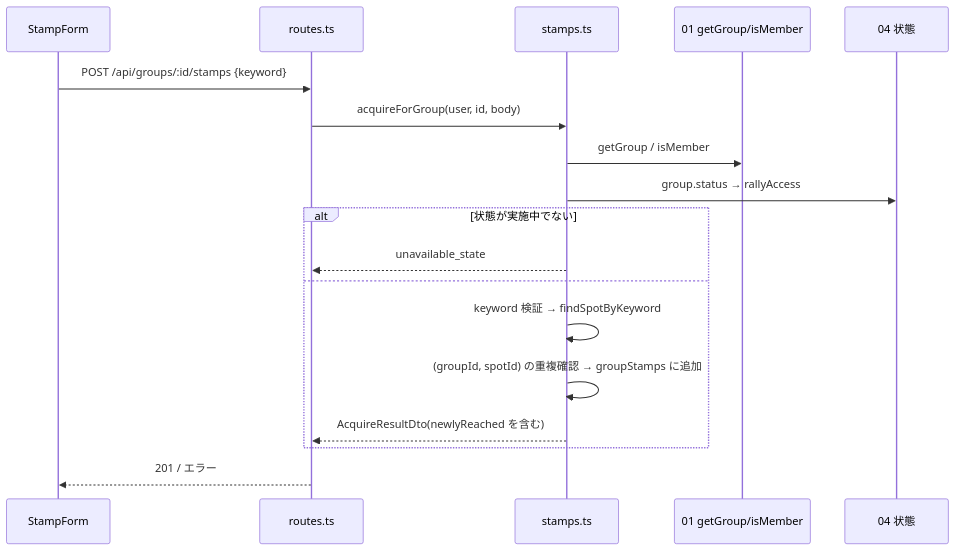
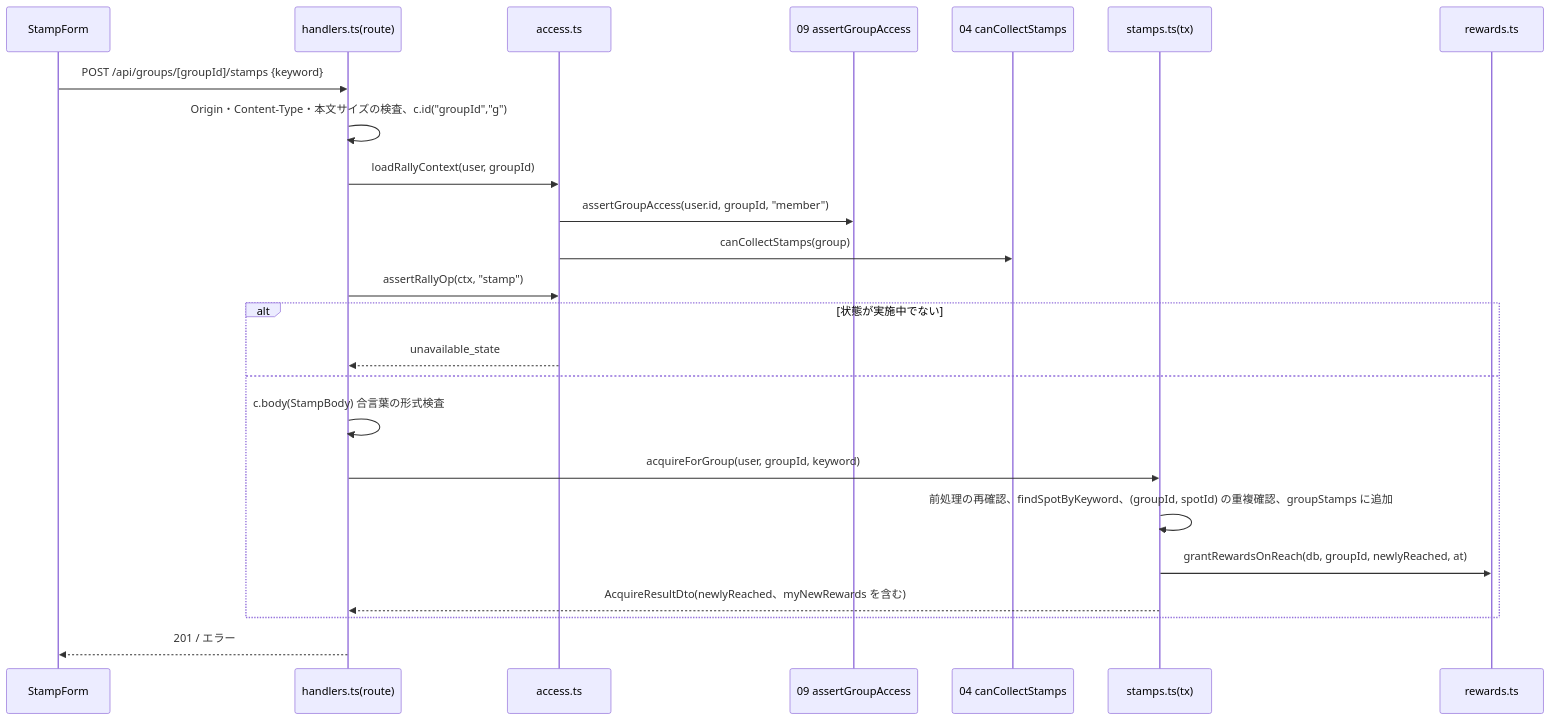
The diagram in docs/feature/08-group-rally.md (masahirosako1005/MC-006), drawn with Mermaid before and after one commit. The commit also changed other lines of this file and 34 other files, not shown here.

````diff
--- a/docs/feature/08-group-rally.md
+++ b/docs/feature/08-group-rally.md
@@ -353,20 +430,26 @@
 ```mermaid
 sequenceDiagram
   participant UI as StampForm
-  participant R as routes.ts
-  participant S as stamps.ts
-  participant G as 01 getGroup/isMember
-  participant L as 04 状態
-  UI->>R: POST /api/groups/:id/stamps {keyword}
-  R->>S: acquireForGroup(user, id, body)
-  S->>G: getGroup / isMember
-  S->>L: group.status → rallyAccess
+  participant H as handlers.ts(route)
+  participant A as access.ts
+  participant P as 09 assertGroupAccess
+  participant L as 04 canCollectStamps
+  participant S as stamps.ts(tx)
+  participant W as rewards.ts
+  UI->>H: POST /api/groups/[groupId]/stamps {keyword}
+  H->>H: Origin・Content-Type・本文サイズの検査、c.id("groupId","g")
+  H->>A: loadRallyContext(user, groupId)
+  A->>P: assertGroupAccess(user.id, groupId, "member")
+  A->>L: canCollectStamps(group)
+  H->>A: assertRallyOp(ctx, "stamp")
   alt 状態が実施中でない
-    S-->>R: unavailable_state
+    A-->>H: unavailable_state
   else
-    S->>S: keyword 検証 → findSpotByKeyword
-    S->>S: (groupId, spotId) の重複確認 → groupStamps に追加
-    S-->>R: AcquireResultDto(newlyReached を含む)
+    H->>H: c.body(StampBody) 合言葉の形式検査
+    H->>S: acquireForGroup(user, groupId, keyword)
+    S->>S: 前処理の再確認、findSpotByKeyword、(groupId, spotId) の重複確認、groupStamps に追加
+    S->>W: grantRewardsOnReach(db, groupId, newlyReached, at)
+    S-->>H: AcquireResultDto(newlyReached、myNewRewards を含む)
   end
-  R-->>UI: 201 / エラー
+  H-->>UI: 201 / エラー
 ```
````
